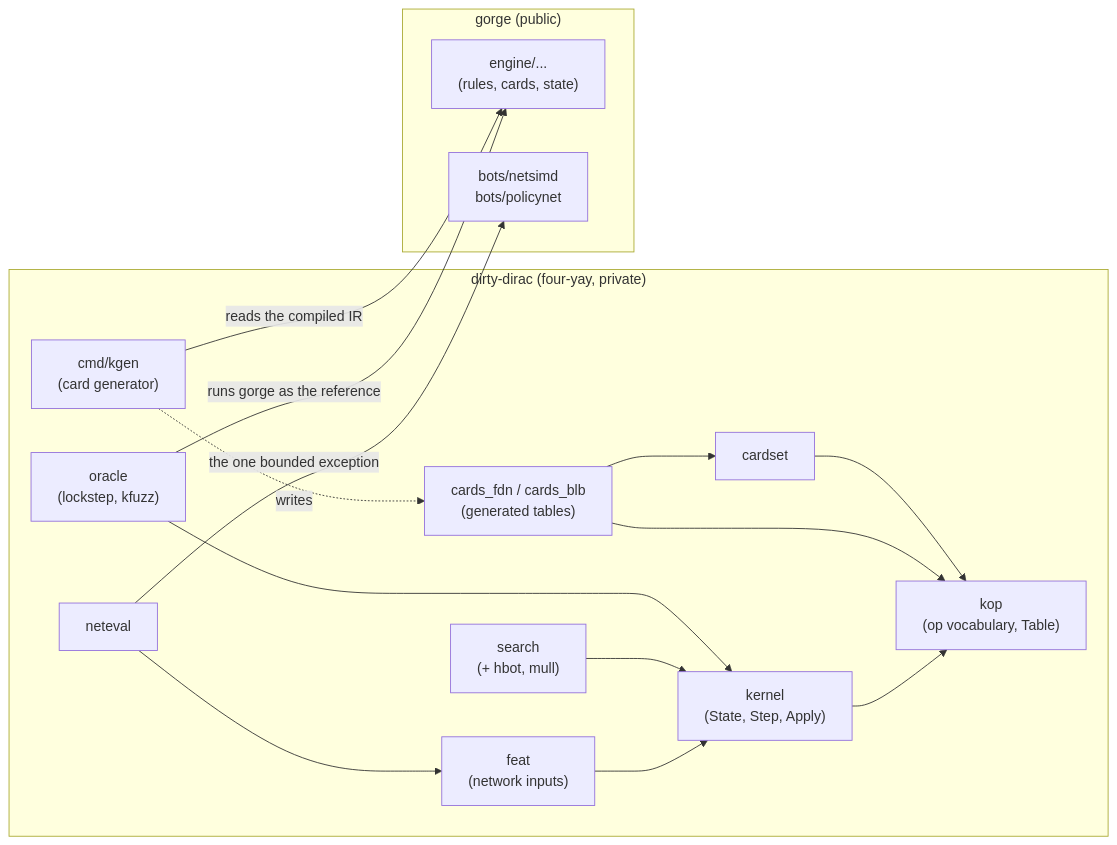
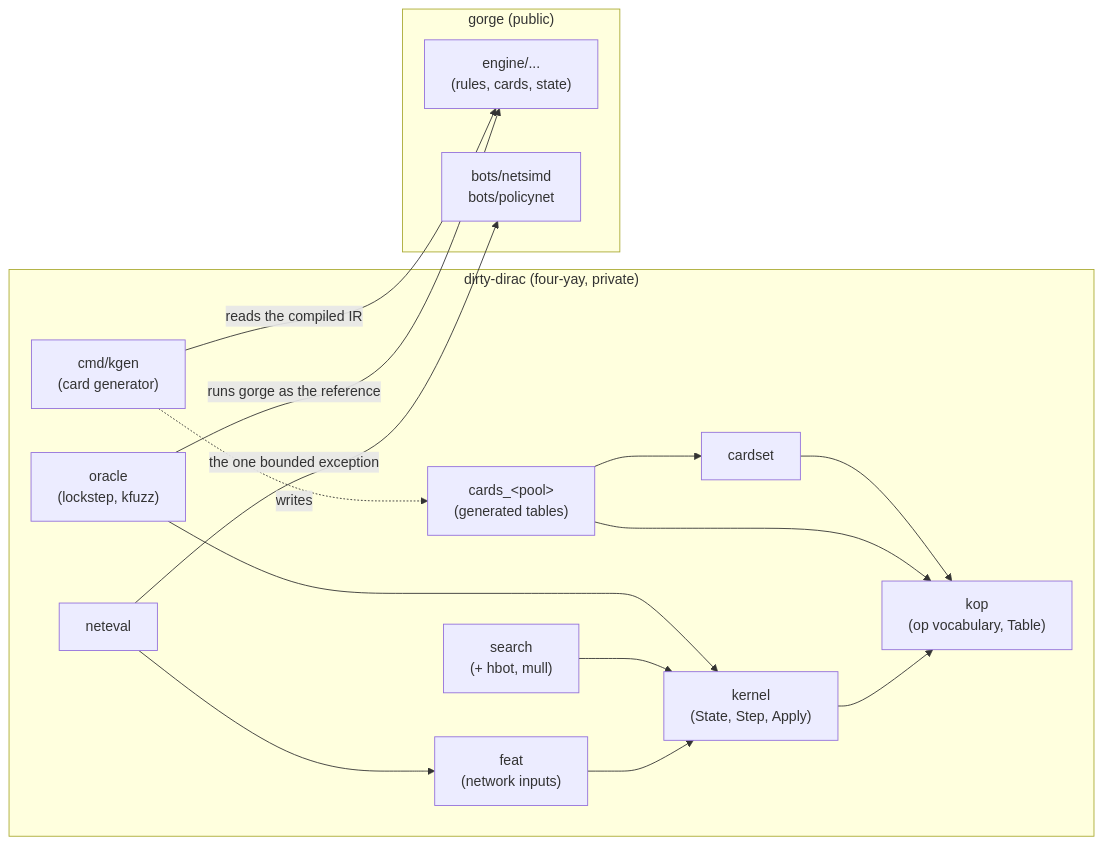
Before and after one commit to adams-shaun/gorge: the diagram in docs/site/architecture/dirty-dirac/index.md, drawn with Mermaid. The commit also changed other lines of this file and 11 other files, not shown here.

````diff
--- a/docs/site/architecture/dirty-dirac/index.md
+++ b/docs/site/architecture/dirty-dirac/index.md
@@ -105,21 +134,21 @@
 ```mermaid
 flowchart LR
   subgraph fy["dirty-dirac (four-yay, private)"]
     kernel["kernel<br/>(State, Step, Apply)"] --> kop["kop<br/>(op vocabulary, Table)"]
-    cards["cards_fdn / cards_blb<br/>(generated tables)"] --> kop
+    cards["cards_&lt;pool&gt;<br/>(generated tables)"] --> kop
     cardset --> kop
     cards --> cardset
     feat["feat<br/>(network inputs)"] --> kernel
     search["search<br/>(+ hbot, mull)"] --> kernel
     neteval --> feat
     oracle["oracle<br/>(lockstep, kfuzz)"] --> kernel
     kgen["cmd/kgen<br/>(card generator)"] -.->|writes| cards
   end
   subgraph g["gorge (public)"]
     engine["engine/...<br/>(rules, cards, state)"]
     net["bots/netsimd<br/>bots/policynet"]
   end
   neteval -->|"the one bounded exception"| net
   oracle -->|"runs gorge as the reference"| engine
   kgen -->|"reads the compiled IR"| engine
 ```
````
